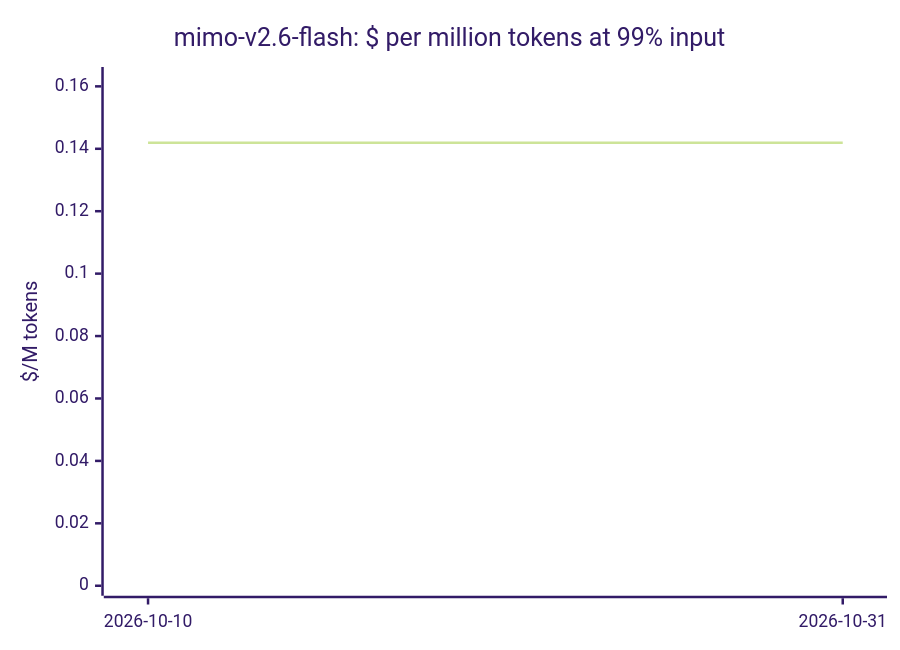
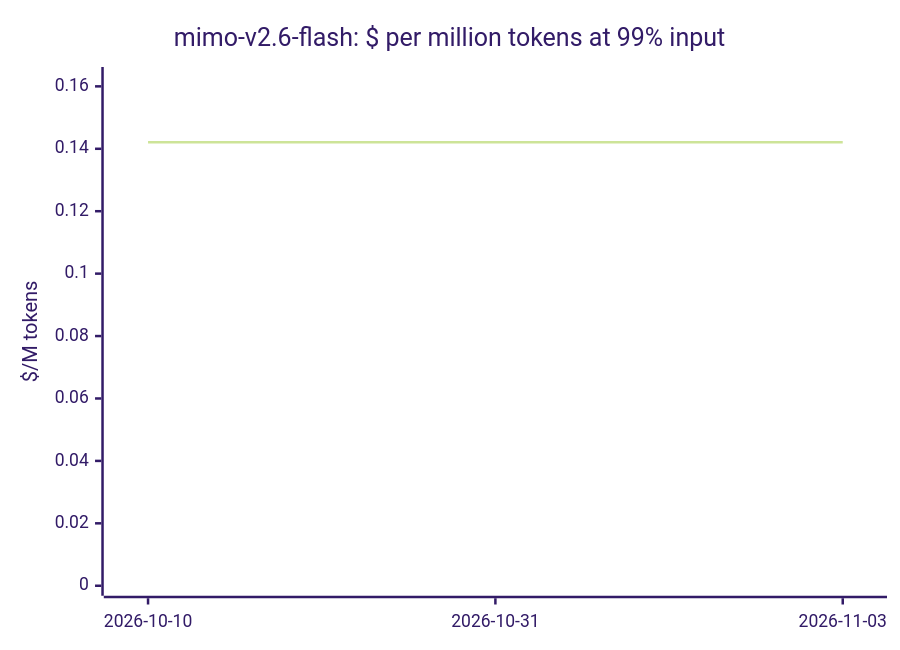
One commit to cklukas/OMEGA_TRANSFORM changed diagram 18 of 20 in docs/openrouter-models.md. Above: the diagram before and after it, drawn with Mermaid (forest theme). The commit also changed other lines of this file and 469 other files, not shown here.

````diff
--- a/docs/openrouter-models.md
+++ b/docs/openrouter-models.md
@@ -279,7 +294,7 @@
 ```mermaid
 xychart-beta
     title "mimo-v2.6-flash: $ per million tokens at 99% input"
-    x-axis ["2026-10-10", "2026-10-31"]
+    x-axis ["2026-10-10", "2026-10-31", "2026-11-03"]
     y-axis "$/M tokens" 0 --> 0.163
-    line [0.1419, 0.1419]
+    line [0.1421, 0.1421, 0.1421]
 ```
````
